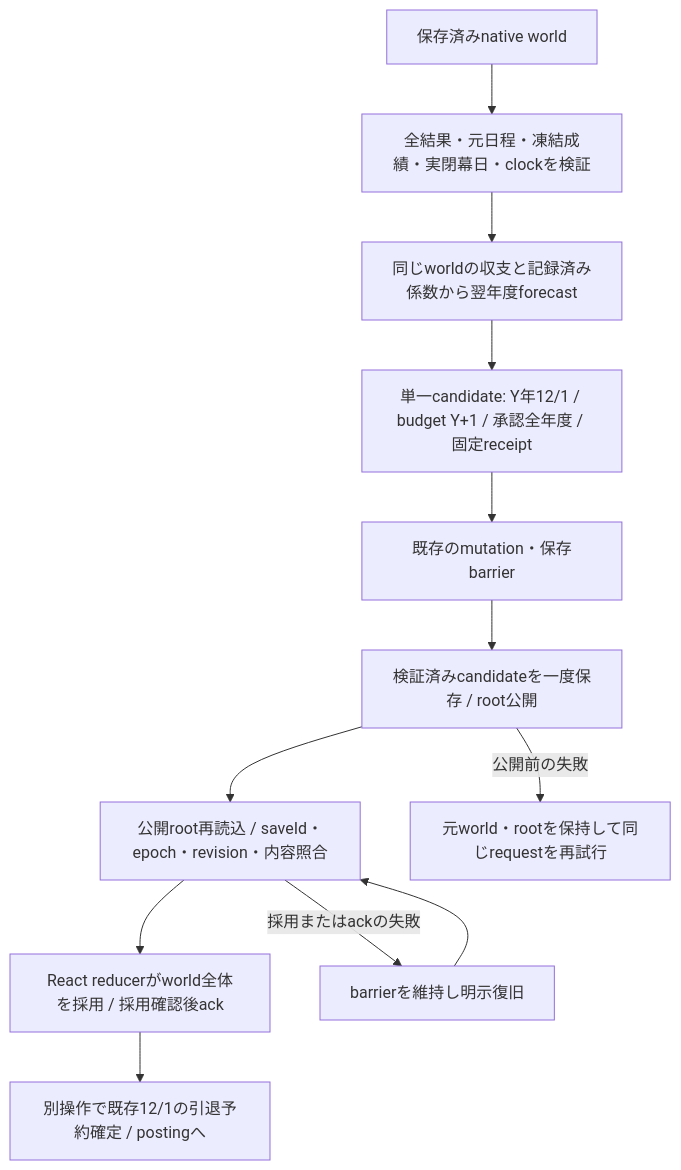
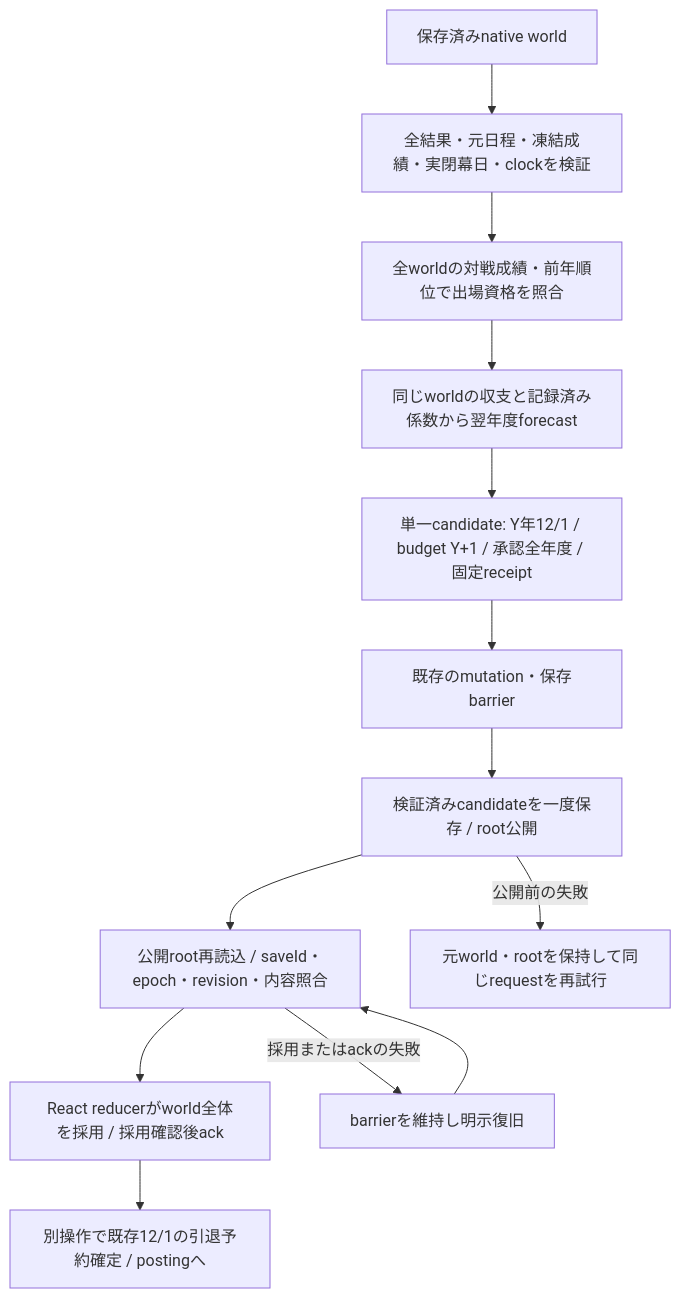
One commit to shotaro-hue/baseball-manager changed the second of 2 diagrams in docs/validation/pr-c-open-offseason/README.md. Above: the diagram before and after it, drawn with Mermaid. The commit also changed other lines of this file and 8 other files, not shown here.

````diff
--- a/docs/validation/pr-c-open-offseason/README.md
+++ b/docs/validation/pr-c-open-offseason/README.md
@@ -34,14 +35,15 @@
 ```mermaid
 flowchart TD
   W[保存済みnative world] --> V[全結果・元日程・凍結成績・実閉幕日・clockを検証]
-  V --> F[同じworldの収支と記録済み係数から翌年度forecast]
+  V --> Q[全worldの対戦成績・前年順位で出場資格を照合]
+  Q --> F[同じworldの収支と記録済み係数から翌年度forecast]
   F --> C[単一candidate: Y年12/1 / budget Y+1 / 承認全年度 / 固定receipt]
   C --> B[既存のmutation・保存barrier]
   B --> S[検証済みcandidateを一度保存 / root公開]
   S --> A[公開root再読込 / saveId・epoch・revision・内容照合]
   A --> R[React reducerがworld全体を採用 / 採用確認後ack]
   S -->|公開前の失敗| K[元world・rootを保持して同じrequestを再試行]
   A -->|採用またはackの失敗| E[barrierを維持し明示復旧]
   E --> A
   R --> N[別操作で既存12/1の引退予約確定 / postingへ]
 ```
````
